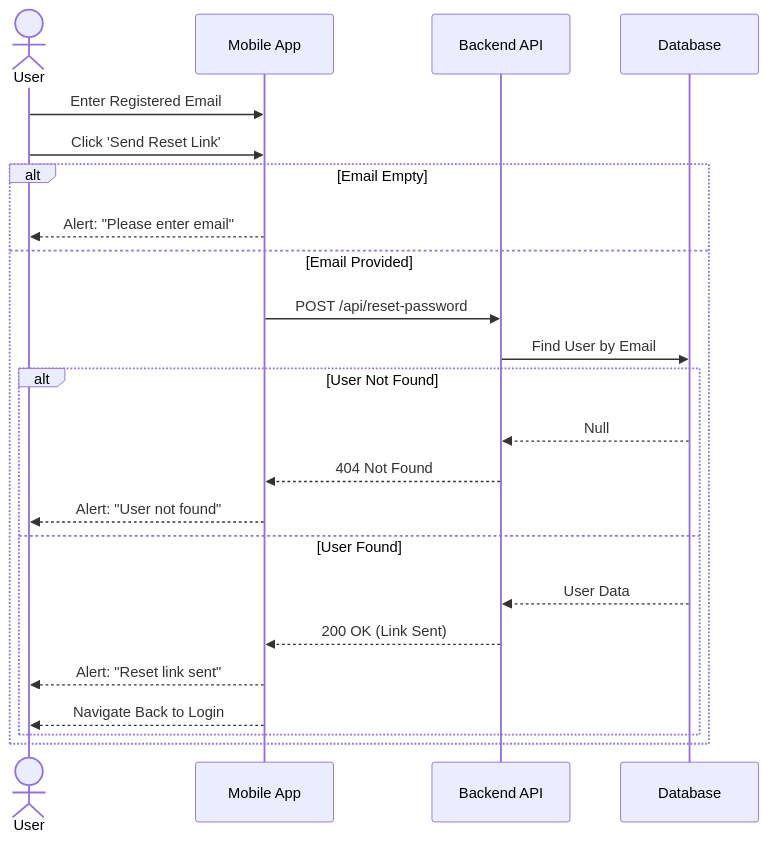
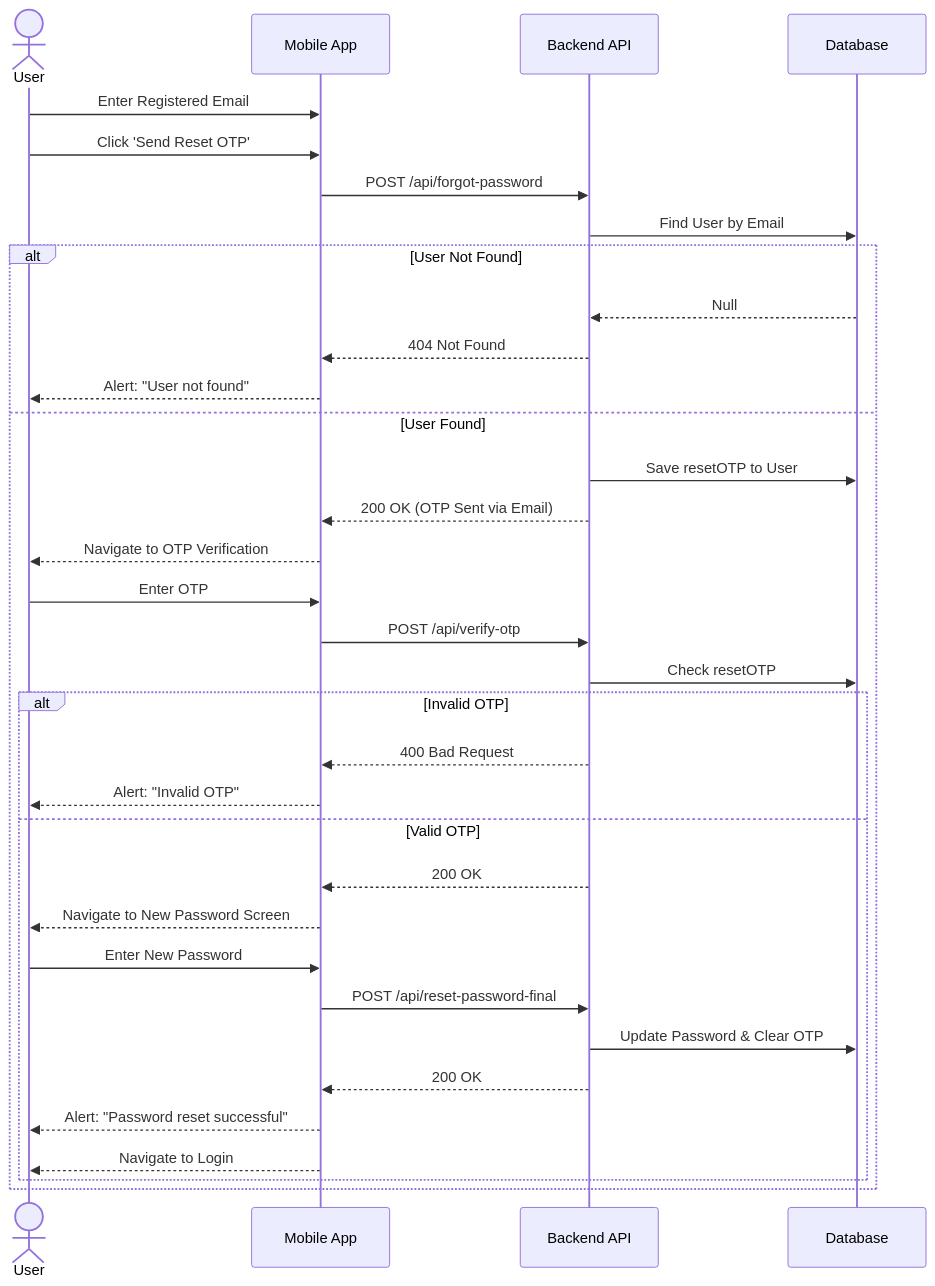
One commit to michaexxx2324/FYP changed the fourth of 12 diagrams in SequenceDiagrams.md. Above: the diagram before and after it, drawn with Mermaid. The commit also changed other lines of this file and 4 other files, not shown here.

````diff
--- a/SequenceDiagrams.md
+++ b/SequenceDiagrams.md
@@ -141,28 +144,42 @@
 ```mermaid
 sequenceDiagram
     actor User
     participant App as Mobile App
     participant Server as Backend API
     participant DB as Database
 
     User->>App: Enter Registered Email
-    User->>App: Click 'Send Reset Link'
+    User->>App: Click 'Send Reset OTP'
 
-    alt Email Empty
-        App-->>User: Alert: "Please enter email"
-    else Email Provided
-        App->>Server: POST /api/reset-password
-        Server->>DB: Find User by Email
+    App->>Server: POST /api/forgot-password
+    Server->>DB: Find User by Email
+    
+    alt User Not Found
+        DB-->>Server: Null
+        Server-->>App: 404 Not Found
+        App-->>User: Alert: "User not found"
+    else User Found
+        Server->>DB: Save resetOTP to User
+        Server-->>App: 200 OK (OTP Sent via Email)
+        App-->>User: Navigate to OTP Verification
         
-        alt User Not Found
-            DB-->>Server: Null
-            Server-->>App: 404 Not Found
-            App-->>User: Alert: "User not found"
-        else User Found
-            DB-->>Server: User Data
-            Server-->>App: 200 OK (Link Sent)
-            App-->>User: Alert: "Reset link sent"
-            App-->>User: Navigate Back to Login
+        User->>App: Enter OTP
+        App->>Server: POST /api/verify-otp
+        Server->>DB: Check resetOTP
+        
+        alt Invalid OTP
+            Server-->>App: 400 Bad Request
+            App-->>User: Alert: "Invalid OTP"
+        else Valid OTP
+            Server-->>App: 200 OK
+            App-->>User: Navigate to New Password Screen
+            
+            User->>App: Enter New Password
+            App->>Server: POST /api/reset-password-final
+            Server->>DB: Update Password & Clear OTP
+            Server-->>App: 200 OK
+            App-->>User: Alert: "Password reset successful"
+            App-->>User: Navigate to Login
         end
     end
 ```
````
